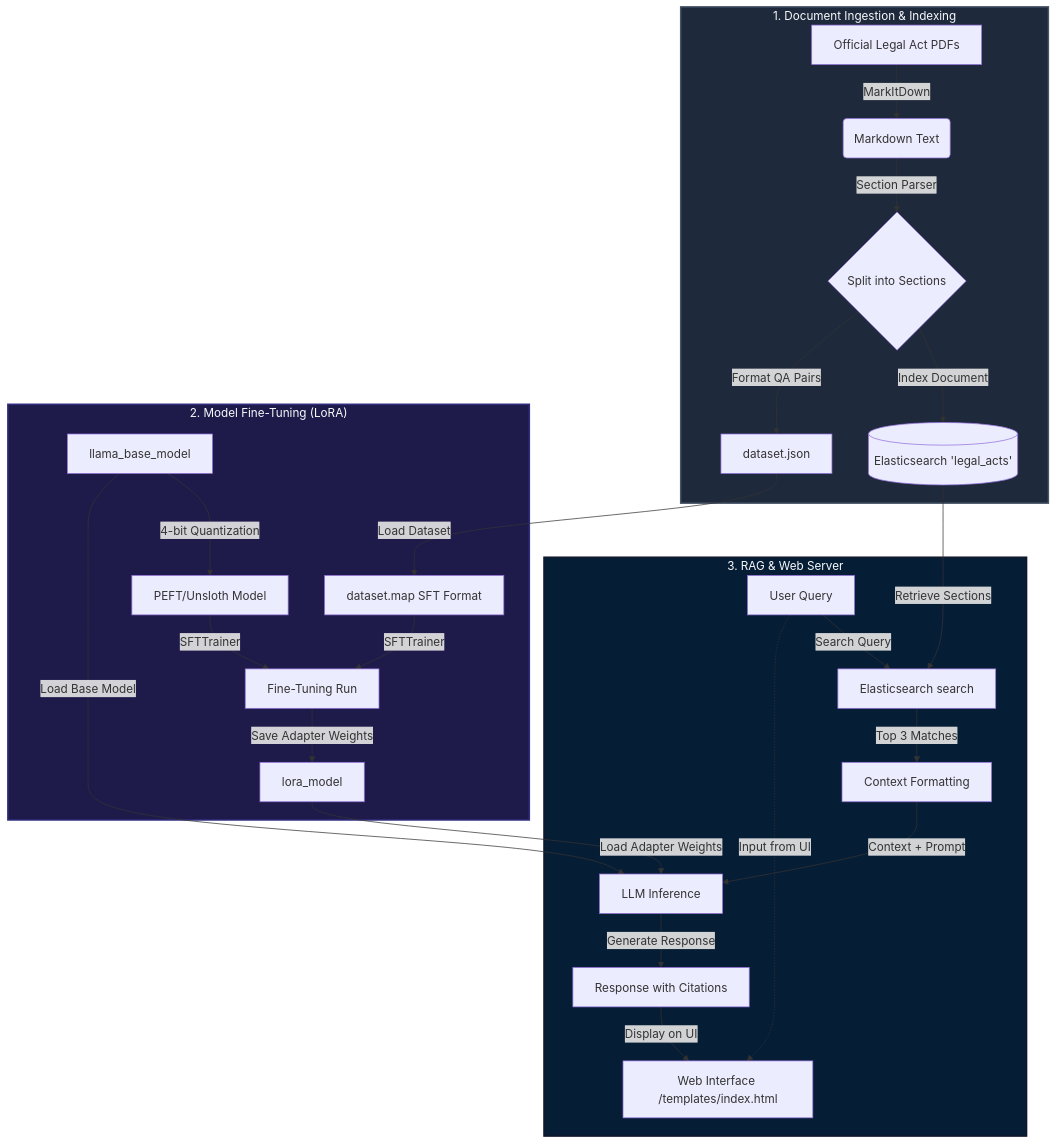
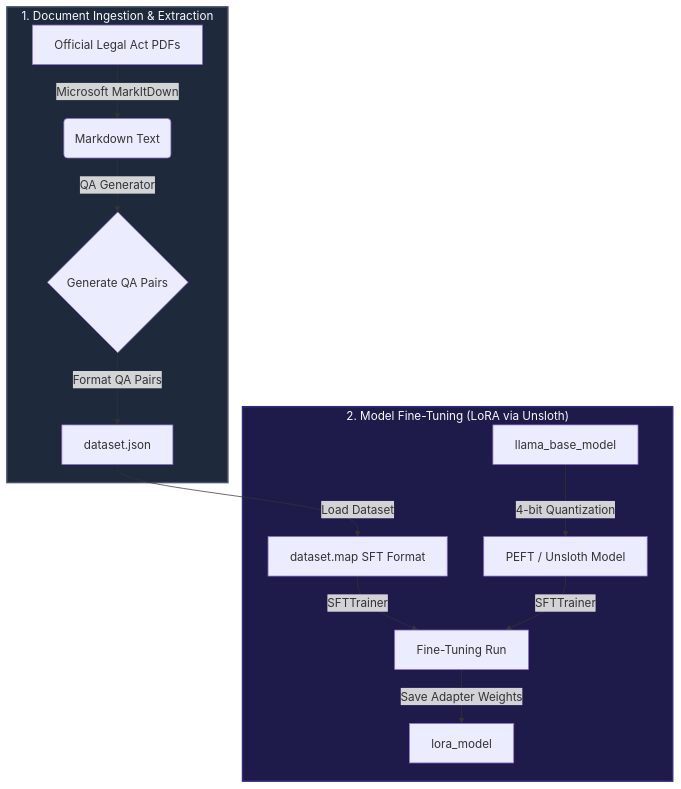
One commit to Saravanan2005real/In22Labs-finetuning changed the diagram in README.md. Above: the diagram before and after it, drawn with Mermaid. The commit also changed other lines of this file and 1 other file, not shown here.

Commit message:
Update README.md with simplified system architecture and diagrams, delete README_DOCKER.md

````diff
--- a/README.md
+++ b/README.md
@@ -14,32 +14,18 @@
 ```mermaid
 flowchart TD
-    subgraph Ingestion ["1. Document Ingestion & Indexing"]
-        A[Official Legal Act PDFs] -->|MarkItDown| B(Markdown Text)
-        B -->|Section Parser| C{Split into Sections}
-        C -->|Index Document| D[(Elasticsearch 'legal_acts')]
+    subgraph Ingestion ["1. Document Ingestion & Extraction"]
+        A[Official Legal Act PDFs] -->|Microsoft MarkItDown| B(Markdown Text)
+        B -->|QA Generator| C{Generate QA Pairs}
         C -->|Format QA Pairs| E[dataset.json]
     end
 
-    subgraph Training ["2. Model Fine-Tuning (LoRA)"]
+    subgraph Training ["2. Model Fine-Tuning (LoRA via Unsloth)"]
         E -->|Load Dataset| F[dataset.map SFT Format]
-        G[llama_base_model] -->|4-bit Quantization| H[PEFT/Unsloth Model]
+        G[llama_base_model] -->|4-bit Quantization| H[PEFT / Unsloth Model]
         F & H -->|SFTTrainer| I[Fine-Tuning Run]
         I -->|Save Adapter Weights| J[lora_model]
-    end
-
-    subgraph RAG ["3. RAG & Web Server"]
-        K[User Query] -->|Search Query| L[Elasticsearch search]
-        D -->|Retrieve Sections| L
-        L -->|Top 3 Matches| M[Context Formatting]
-        M -->|Context + Prompt| N[LLM Inference]
-        G -->|Load Base Model| N
-        J -->|Load Adapter Weights| N
-        N -->|Generate Response| O[Response with Citations]
-        O -->|Display on UI| P[Web Interface /templates/index.html]
-        K -.->|Input from UI| P
     end
     
     style Ingestion fill:#1e293b,stroke:#475569,stroke-width:2px,color:#f8fafc
     style Training fill:#1e1b4b,stroke:#312e81,stroke-width:2px,color:#f8fafc
-    style RAG fill:#061d36,stroke:#0f172a,stroke-width:2px,color:#f8fafc
 ```
````
